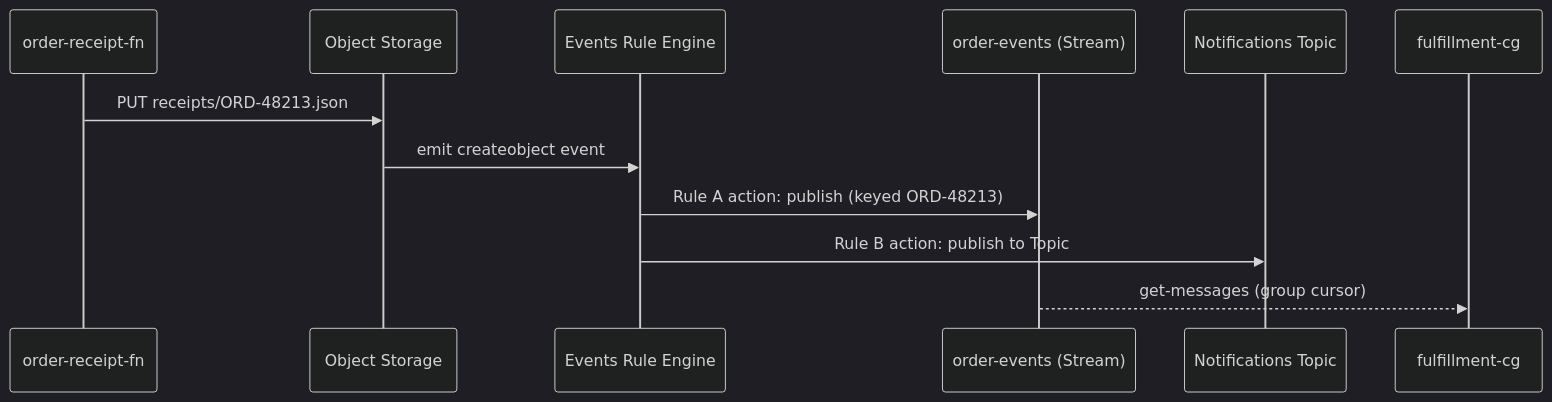
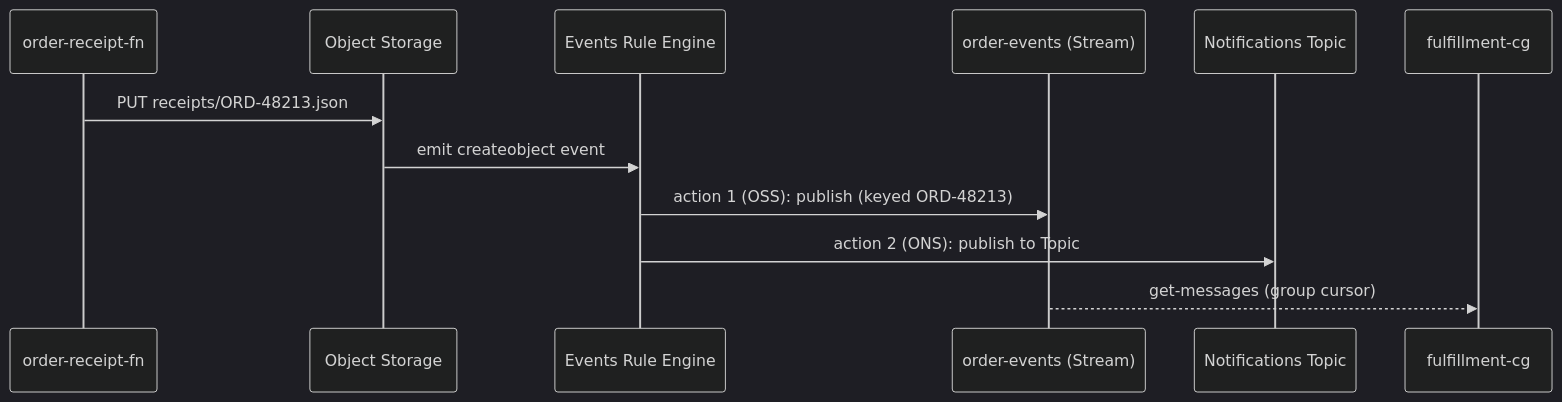
Before and after one commit to leonlnj/engineering-gym: the third of 3 diagrams in 04-oracle/developer-professional/08-serverless-events.md, drawn with Mermaid (dark theme). The commit also changed other lines of this file, not shown here.

````diff
--- a/04-oracle/developer-professional/08-serverless-events.md
+++ b/04-oracle/developer-professional/08-serverless-events.md
@@ -264,15 +266,15 @@
 ```mermaid
 sequenceDiagram
     participant FN as order-receipt-fn
     participant OS as Object Storage
     participant EV as Events Rule Engine
     participant ST as order-events (Stream)
     participant NT as Notifications Topic
     participant CG as fulfillment-cg
 
     FN->>OS: PUT receipts/ORD-48213.json
     OS->>EV: emit createobject event
-    EV->>ST: Rule A action: publish (keyed ORD-48213)
-    EV->>NT: Rule B action: publish to Topic
+    EV->>ST: action 1 (OSS): publish (keyed ORD-48213)
+    EV->>NT: action 2 (ONS): publish to Topic
     ST-->>CG: get-messages (group cursor)
 ```
````
